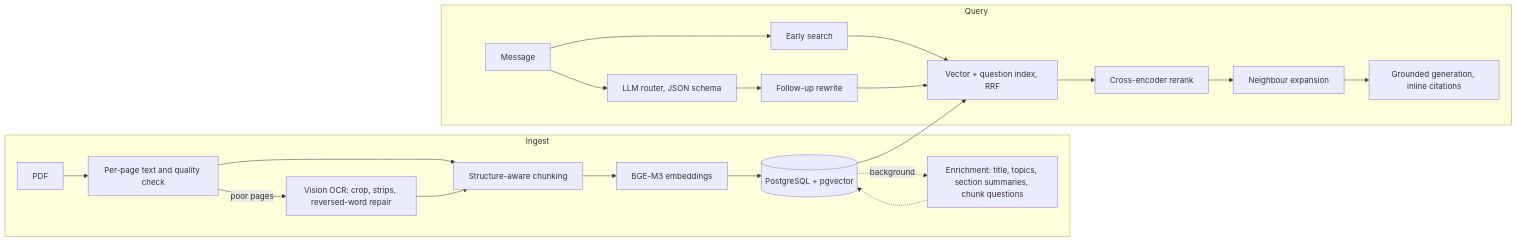
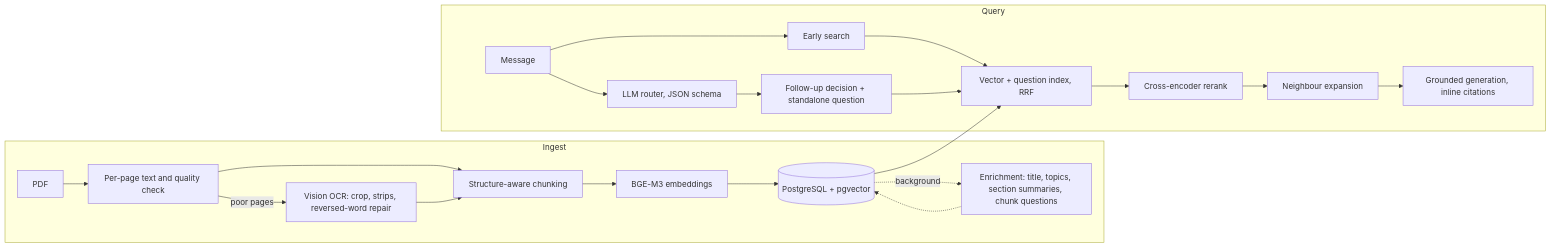
The diagram in README.md (Soroush-porhonar/Daneshjoyar), drawn with Mermaid before and after one commit. The commit also changed other lines of this file, not shown here.

````diff
--- a/README.md
+++ b/README.md
@@ -39,24 +42,24 @@
 ```mermaid
 flowchart LR
   subgraph Ingest
     A[PDF] --> B[Per-page text and quality check]
     B -->|poor pages| C[Vision OCR: crop, strips, reversed-word repair]
     B --> D[Structure-aware chunking]
     C --> D
     D --> E[BGE-M3 embeddings]
     E --> F[(PostgreSQL + pgvector)]
     F -. background .-> G[Enrichment: title, topics, section summaries, chunk questions]
     G -.-> F
   end
   subgraph Query
     Q[Message] --> R[LLM router, JSON schema]
     Q --> S[Early search]
-    R --> W[Follow-up rewrite]
+    R --> W[Follow-up decision + standalone question]
     S --> X[Vector + question index, RRF]
     W --> X
     X --> Y[Cross-encoder rerank]
     Y --> Z[Neighbour expansion]
     Z --> L[Grounded generation, inline citations]
   end
   F --> X
 ```
````
